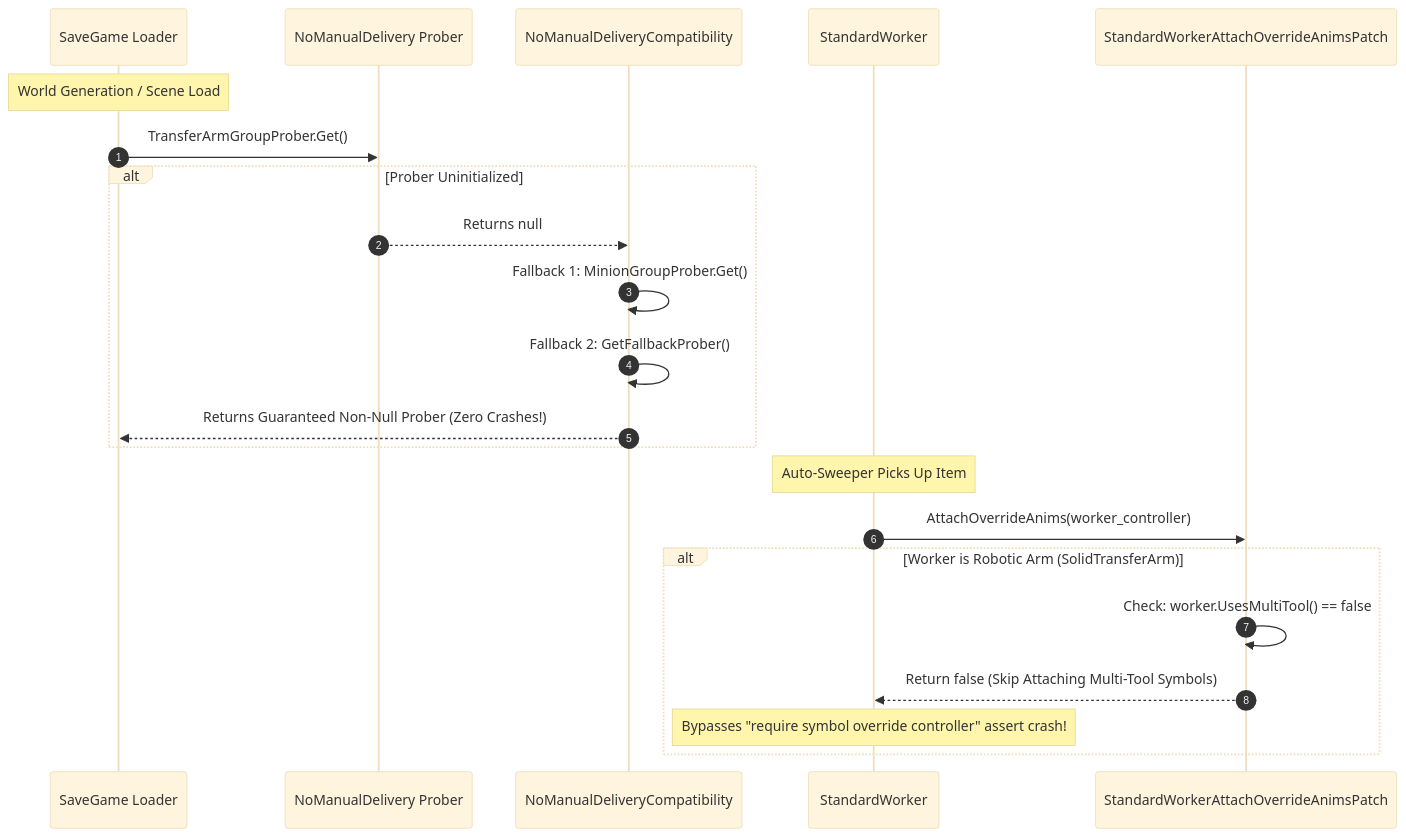
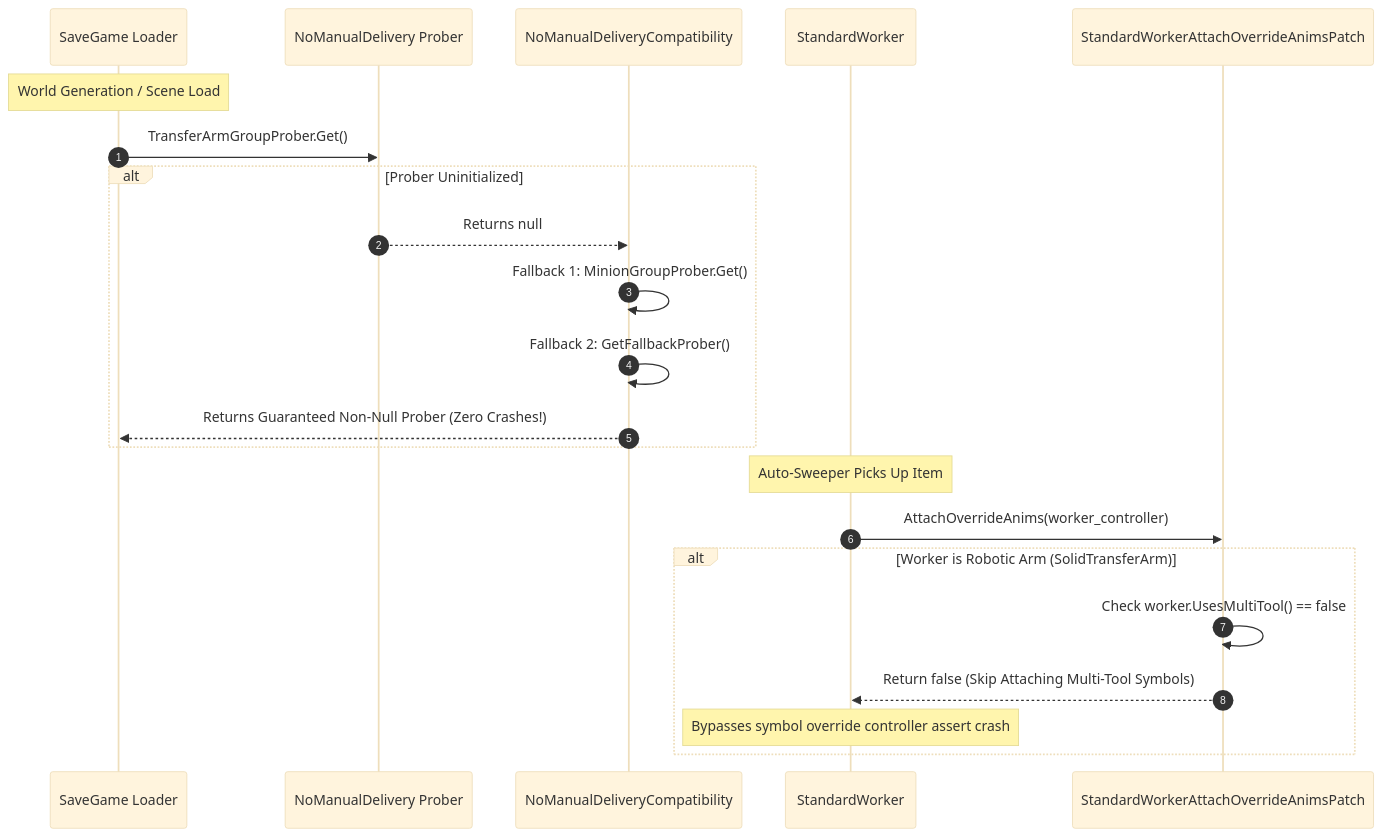
The first of 5 diagrams in wiki/Multi-Mod-Compatibility-and-Crash-Guards.md (Eurekalo/Automatic_Industry), drawn with Mermaid (base theme) before and after one commit. The commit also changed other lines of this file and 5 other files, not shown here.

Commit message:
docs(wiki): fix Mermaid diagram syntax and quoting for GitHub renderer

````diff
--- a/wiki/Multi-Mod-Compatibility-and-Crash-Guards.md
+++ b/wiki/Multi-Mod-Compatibility-and-Crash-Guards.md
@@ -30,26 +30,26 @@
 ```mermaid
 sequenceDiagram
     autonumber
     participant SaveLoad as SaveGame Loader
     participant NMD as NoManualDelivery Prober
     participant AI as NoManualDeliveryCompatibility
     participant Worker as StandardWorker
     participant Patch as StandardWorkerAttachOverrideAnimsPatch
 
     Note over SaveLoad: World Generation / Scene Load
     SaveLoad->>NMD: TransferArmGroupProber.Get()
     alt Prober Uninitialized
         NMD-->>AI: Returns null
         AI->>AI: Fallback 1: MinionGroupProber.Get()
         AI->>AI: Fallback 2: GetFallbackProber()
         AI-->>SaveLoad: Returns Guaranteed Non-Null Prober (Zero Crashes!)
     end
 
     Note over Worker: Auto-Sweeper Picks Up Item
     Worker->>Patch: AttachOverrideAnims(worker_controller)
     alt Worker is Robotic Arm (SolidTransferArm)
-        Patch->>Patch: Check: worker.UsesMultiTool() == false
+        Patch->>Patch: Check worker.UsesMultiTool() == false
         Patch-->>Worker: Return false (Skip Attaching Multi-Tool Symbols)
-        Note over Worker: Bypasses "require symbol override controller" assert crash!
+        Note over Worker: Bypasses symbol override controller assert crash
     end
 ```
````
